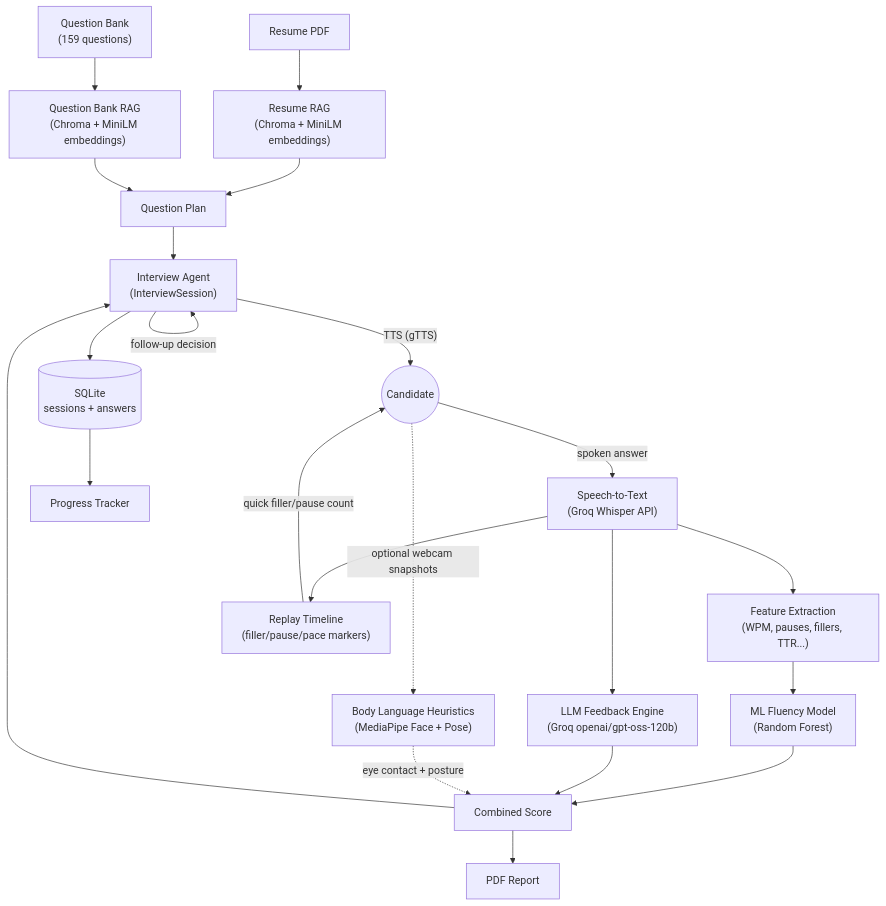
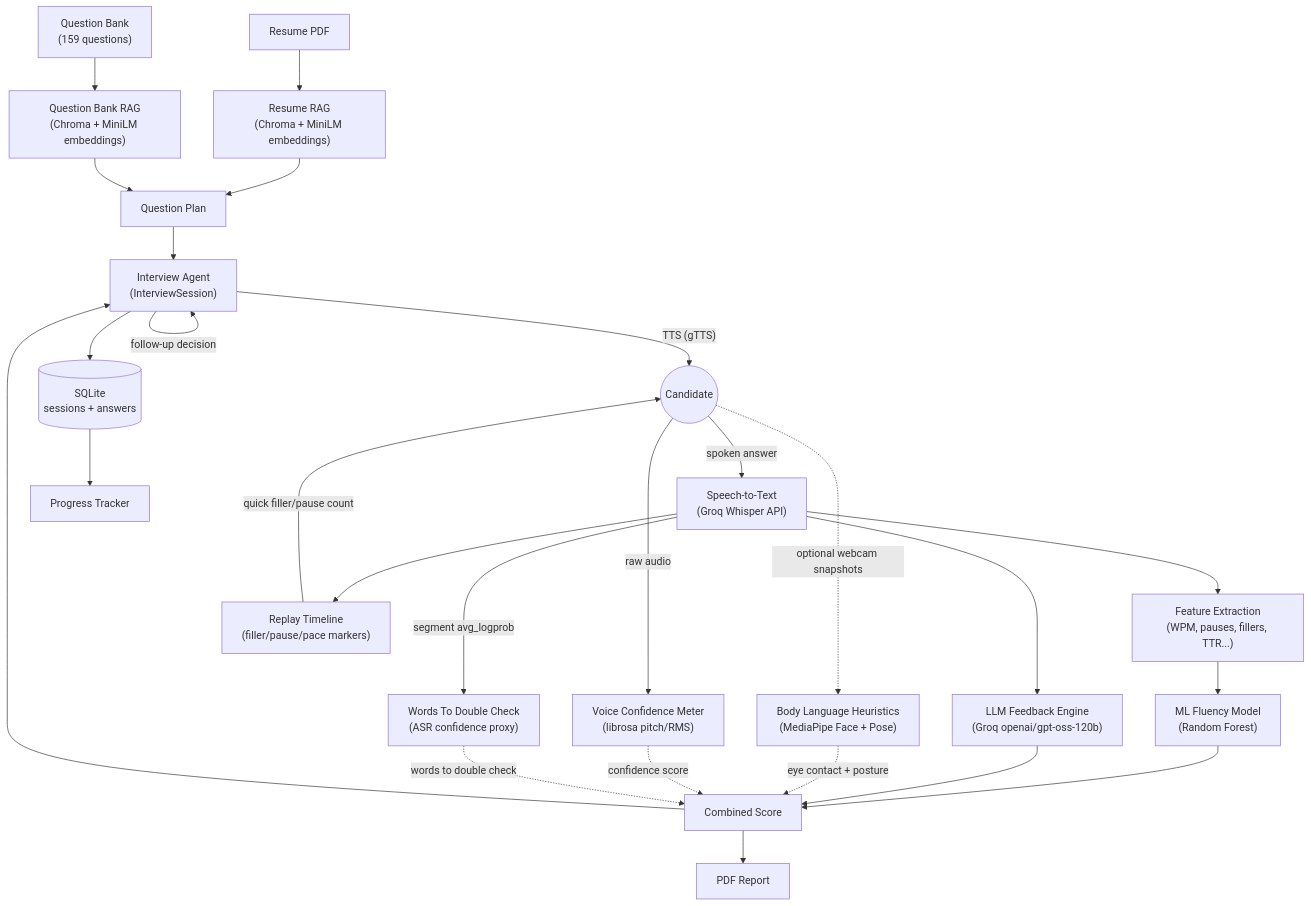
One commit to SindhuGIT01/SpeakReady changed the diagram in README.md. Above: the diagram before and after it, drawn with Mermaid. The commit also changed other lines of this file and 15 other files, not shown here.

Commit message:
Add voice confidence meter and pronunciation signal

````diff
--- a/README.md
+++ b/README.md
@@ -74,29 +84,33 @@
 ```mermaid
 flowchart TD
     Resume["Resume PDF"] --> ResumeRAG["Resume RAG\n(Chroma + MiniLM embeddings)"]
     Bank["Question Bank\n(159 questions)"] --> BankRAG["Question Bank RAG\n(Chroma + MiniLM embeddings)"]
 
     ResumeRAG --> Plan["Question Plan"]
     BankRAG --> Plan
     Plan --> Agent["Interview Agent\n(InterviewSession)"]
 
     Agent -- "TTS (gTTS)" --> Candidate((Candidate))
     Candidate -- "spoken answer" --> Whisper["Speech-to-Text\n(Groq Whisper API)"]
+    Candidate -- "raw audio" --> VoiceConf["Voice Confidence Meter\n(librosa pitch/RMS)"]
     Candidate -. "optional webcam snapshots" .-> BodyLang["Body Language Heuristics\n(MediaPipe Face + Pose)"]
 
     Whisper --> Features["Feature Extraction\n(WPM, pauses, fillers, TTR...)"]
     Whisper --> Timeline["Replay Timeline\n(filler/pause/pace markers)"]
+    Whisper -- "segment avg_logprob" --> Pronunciation["Words To Double Check\n(ASR confidence proxy)"]
     Features --> Fluency["ML Fluency Model\n(Random Forest)"]
     Whisper --> Feedback["LLM Feedback Engine\n(Groq openai/gpt-oss-120b)"]
 
     Fluency --> Score["Combined Score"]
     Feedback --> Score
     BodyLang -. "eye contact + posture" .-> Score
+    VoiceConf -. "confidence score" .-> Score
+    Pronunciation -. "words to double check" .-> Score
     Timeline -- "quick filler/pause count" --> Candidate
     Score --> Agent
 
     Agent -- "follow-up decision" --> Agent
     Agent --> DB[("SQLite\nsessions + answers")]
     DB --> Progress["Progress Tracker"]
     Score --> Report["PDF Report"]
 ```
````
